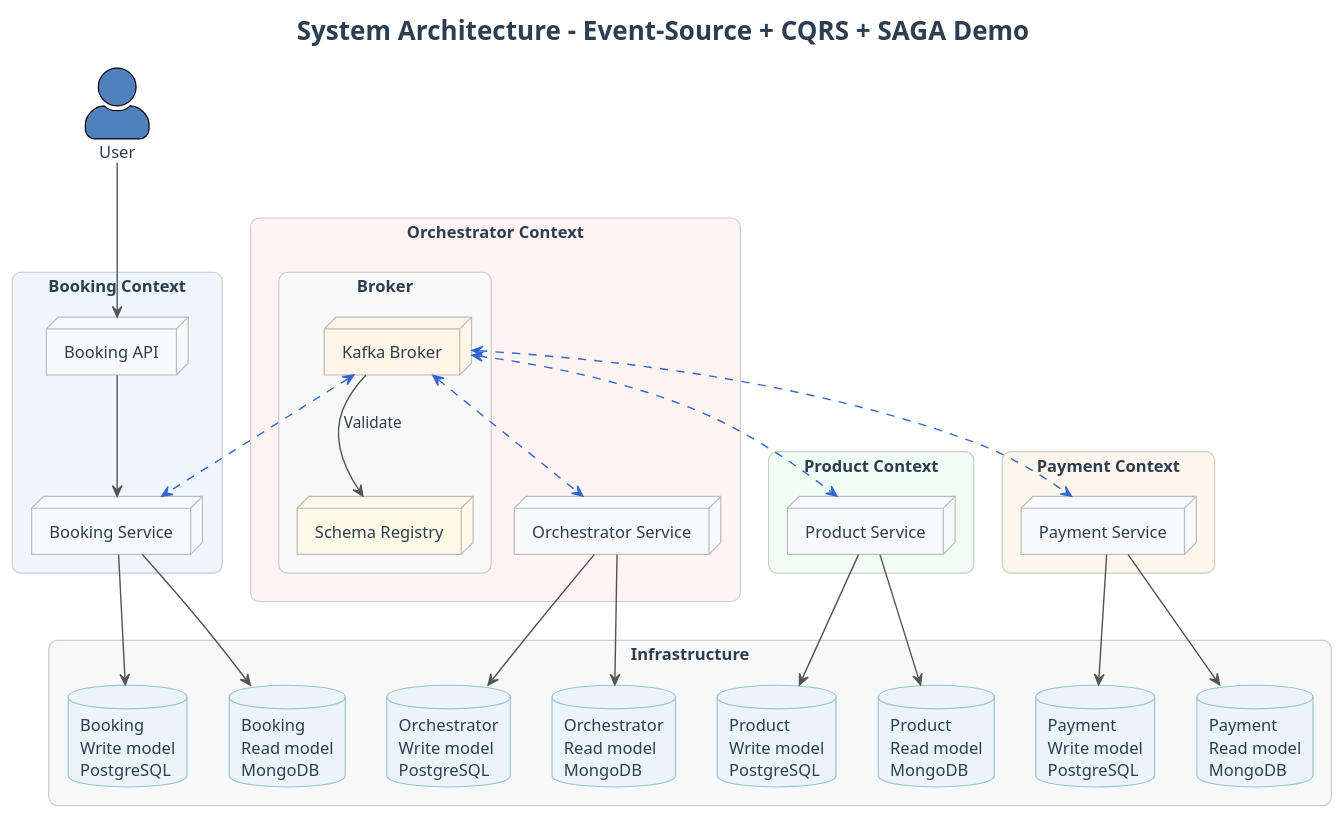
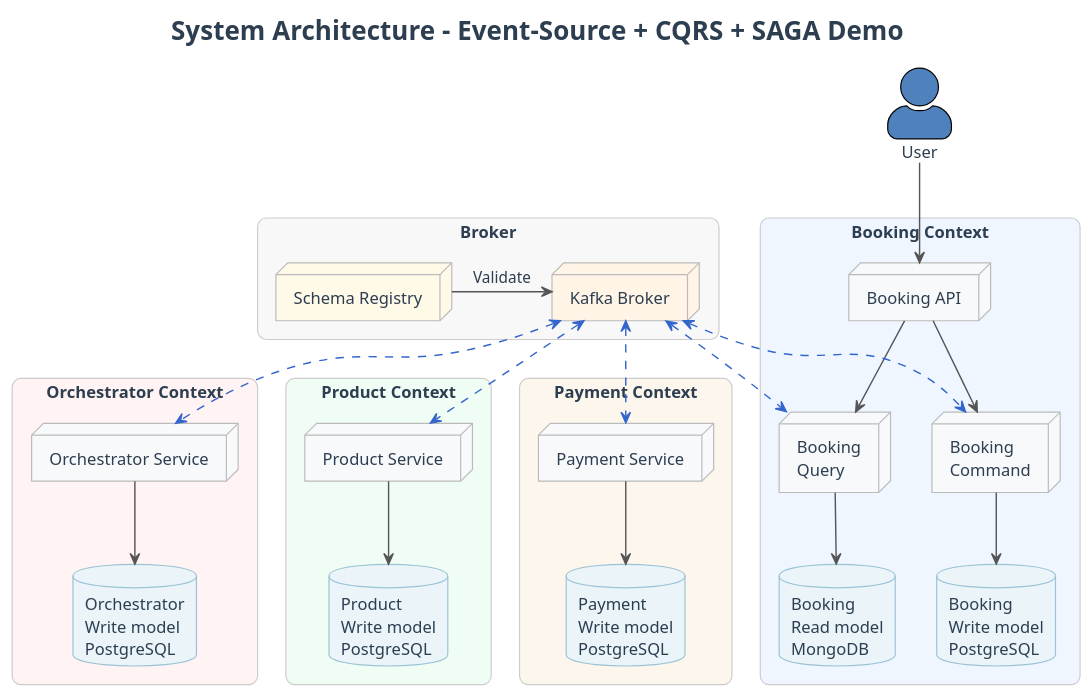
The diagram in docs/architecture.puml (matiesmengo/event-sourcing-cqrs-demo), drawn with PlantUML before and after one commit. The commit also changed 6 other files, not shown here.

```diff
--- a/docs/architecture.puml
+++ b/docs/architecture.puml
@@ -1,99 +1,90 @@
 @startuml
 title System Architecture - Event-Source + CQRS + SAGA Demo
 !theme plain
 
 ' ========= GLOBAL STYLING =========
 skinparam backgroundColor #FFFFFF
 skinparam defaultFontName "Inter, Segoe UI, Helvetica"
 skinparam defaultFontColor #2C3E50
 skinparam shadowing false
 skinparam arrowThickness 1.2
 skinparam arrowColor #555555
 
 skinparam rectangle {
-  FontSize 14
-  RoundCorner 15
-  BorderColor #CCCCCC
-  BackgroundColor #FAFAFA
+    FontSize 14
+    RoundCorner 15
+    BorderColor #CCCCCC
+    BackgroundColor #FAFAFA
 }
 skinparam database {
-  BackgroundColor #EAF4F9
-  BorderColor #9CC3D5
+    BackgroundColor #EAF4F9
+    BorderColor #9CC3D5
 }
 skinparam node {
-  BackgroundColor #F8F9FA
-  BorderColor #BBBBBB
+    BackgroundColor #F8F9FA
+    BorderColor #BBBBBB
 }
 skinparam component {
-  BackgroundColor #F8F9FA
-  BorderColor #BBBBBB
+    BackgroundColor #F8F9FA
+    BorderColor #BBBBBB
 }
 skinparam actorStyle awesome
 
 ' ========= ACTOR =========
 actor "User" as user #4F81BD
 
 ' ========= SERVICE CONTEXTS =========
 rectangle "<b>Booking Context</b>" as booking #EFF6FF {
     node "Booking API" as booking_api
-    node "Booking Service" as booking_service
-}
-
-rectangle "<b>Infrastructure</b>" as bookingdb #F8F8F8 {
+    node "Booking\nCommand" as booking_service_command
+    node "Booking\nQuery" as booking_service_query
     database "Booking\nWrite model\nPostgreSQL" as booking_write_db
     database "Booking\nRead model\nMongoDB" as booking_read_db
-    database "Orchestrator\nWrite model\nPostgreSQL" as orchestrator_write_db
-    database "Orchestrator\nRead model\nMongoDB" as orchestrator_read_db
-    database "Product\nWrite model\nPostgreSQL" as product_write_db
-    database "Product\nRead model\nMongoDB" as product_read_db
-    database "Payment\nWrite model\nPostgreSQL" as payment_write_db
-    database "Payment\nRead model\nMongoDB" as payment_read_db
 }
 
 rectangle "<b>Orchestrator Context</b>" as orchestrator #FFF3F3 {
-  node "Orchestrator Service" as saga
+    node "Orchestrator Service" as saga
+    database "Orchestrator\nWrite model\nPostgreSQL" as orchestrator_write_db
+}
 
-  rectangle "<b>Broker</b>" as broker #F8F8F8 {
+rectangle "<b>Broker</b>" as broker #F8F8F8 {
     node "Kafka Broker" as kafka #FFF4E6
     node "Schema Registry" as registry #FFF9E8
-  }
 }
 
 rectangle "<b>Product Context</b>" as product #F0FDF4 {
     node "Product Service" as product_service
+    database "Product\nWrite model\nPostgreSQL" as product_write_db
 }
 
 rectangle "<b>Payment Context</b>" as payment #FDF6EC {
     node "Payment Service" as payment_service
+    database "Payment\nWrite model\nPostgreSQL" as payment_write_db
 }
 
 ' ========= FLOWS =========
 
 ' User -> Booking
 user --> booking_api
-booking_api --> booking_service
-booking_service --> booking_write_db
-booking_service --> booking_read_db
+booking_api --> booking_service_command
+booking_api --> booking_service_query
+booking_service_command --> booking_write_db
+booking_service_query --> booking_read_db
+kafka <-[#3366CC,dashed]-> booking_service_command
+kafka <-[#3366CC,dashed]-> booking_service_query
 
 ' Booking & Orchestrator
-kafka <-[#3366CC,dashed]-> booking_service
+saga --> orchestrator_write_db
 kafka <-[#3366CC,dashed]-> saga
-saga --> orchestrator_write_db
-saga --> orchestrator_read_db
 
 ' Product
 product_service --> product_write_db
-product_service --> product_read_db
 kafka <-[#3366CC,dashed]-> product_service
 
 ' Payment
 kafka <-[#3366CC,dashed]-> payment_service
 payment_service --> payment_write_db
-payment_service --> payment_read_db
-
 
 ' DataBase
-kafka --> registry: Validate
-
-
+registry  -> kafka : Validate
 @enduml
```
